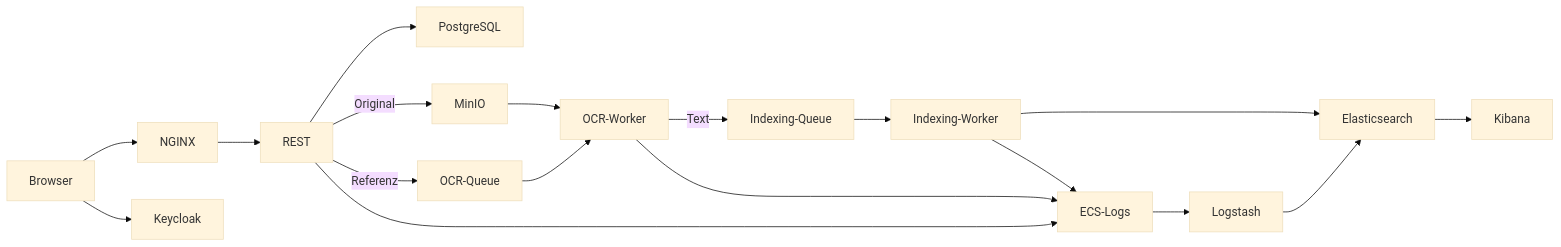
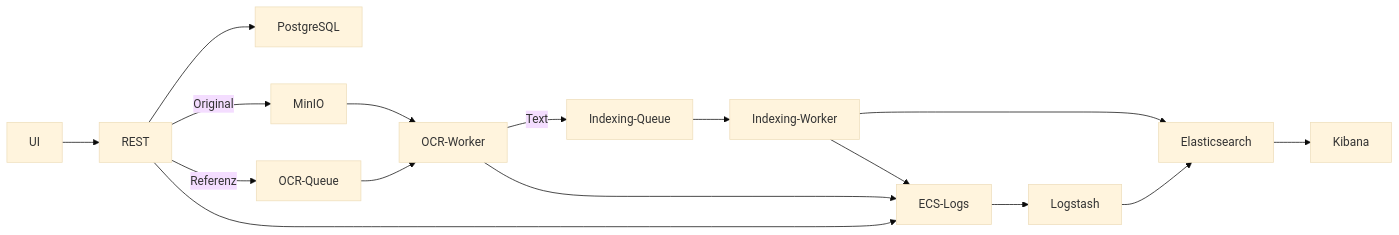
One commit to kokoloko99/swen3-paperless changed the diagram in README.md. Above: the diagram before and after it, drawn with Mermaid (base theme). The commit also changed other lines of this file and 3 other files, not shown here.

````diff
--- a/README.md
+++ b/README.md
@@ -113,16 +60,15 @@
 ```mermaid
 flowchart LR
-    Browser --> NGINX --> REST
+    UI --> REST
     REST --> PostgreSQL
     REST -->|Original| MinIO
-    REST -->|Referenz| RabbitOCR[OCR-Queue]
-    RabbitOCR --> OCR[OCR-Worker]
+    REST -->|Referenz| OCRQueue[OCR-Queue]
+    OCRQueue --> OCR[OCR-Worker]
     MinIO --> OCR
-    OCR -->|Text| RabbitIndex[Indexing-Queue]
-    RabbitIndex --> Indexer[Indexing-Worker] --> Elasticsearch
+    OCR -->|Text| IndexQueue[Indexing-Queue]
+    IndexQueue --> Indexer[Indexing-Worker] --> Elasticsearch
     REST --> Logs[ECS-Logs]
     OCR --> Logs
     Indexer --> Logs
     Logs --> Logstash --> Elasticsearch --> Kibana
-    Browser --> Keycloak
 ```
````
